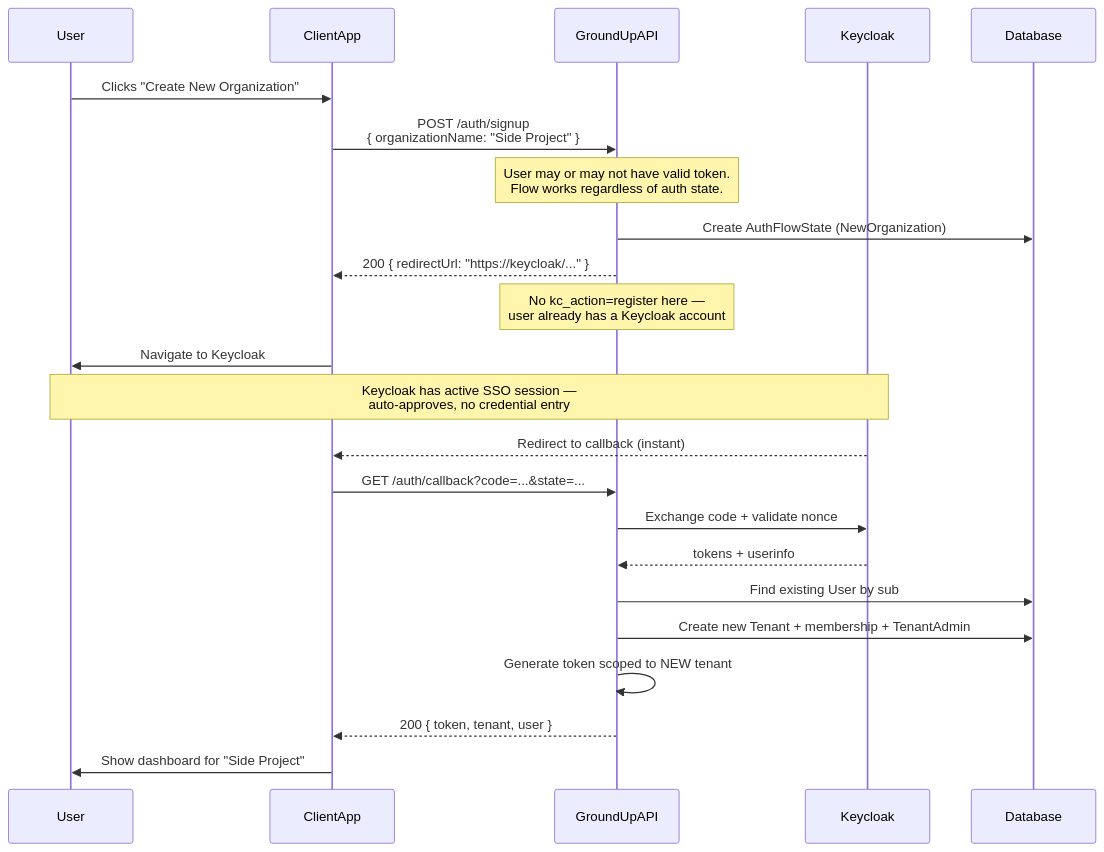
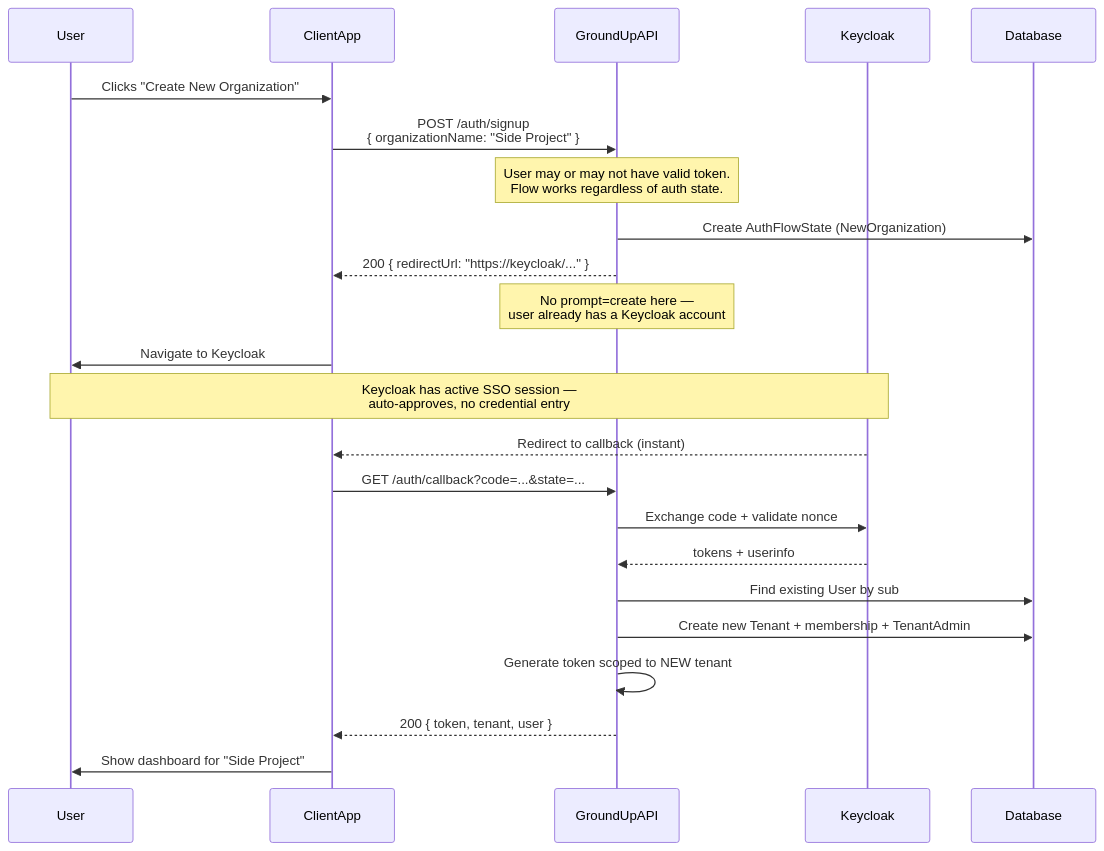
Before and after one commit to rsbst23/groundup: the sixth of 23 diagrams in .kiro/specs/phase-10-cleanup/auth-flows-design.md, drawn with Mermaid. The commit also changed other lines of this file and 7 other files, not shown here.

````diff
--- a/.kiro/specs/phase-10-cleanup/auth-flows-design.md
+++ b/.kiro/specs/phase-10-cleanup/auth-flows-design.md
@@ -331,26 +333,26 @@
 ```mermaid
 sequenceDiagram
     participant User
     participant ClientApp
     participant GroundUpAPI
     participant Keycloak
     participant Database
 
     User->>ClientApp: Clicks "Create New Organization"
     ClientApp->>GroundUpAPI: POST /auth/signup<br/>{ organizationName: "Side Project" }
     Note over GroundUpAPI: User may or may not have valid token.<br/>Flow works regardless of auth state.
     GroundUpAPI->>Database: Create AuthFlowState (NewOrganization)
     GroundUpAPI-->>ClientApp: 200 { redirectUrl: "https://keycloak/..." }
-    Note over GroundUpAPI: No kc_action=register here —<br/>user already has a Keycloak account
+    Note over GroundUpAPI: No prompt=create here —<br/>user already has a Keycloak account
     ClientApp->>User: Navigate to Keycloak
     Note over User,Keycloak: Keycloak has active SSO session —<br/>auto-approves, no credential entry
     Keycloak-->>ClientApp: Redirect to callback (instant)
     ClientApp->>GroundUpAPI: GET /auth/callback?code=...&state=...
     GroundUpAPI->>Keycloak: Exchange code + validate nonce
     Keycloak-->>GroundUpAPI: tokens + userinfo
     GroundUpAPI->>Database: Find existing User by sub
     GroundUpAPI->>Database: Create new Tenant + membership + TenantAdmin
     GroundUpAPI->>GroundUpAPI: Generate token scoped to NEW tenant
     GroundUpAPI-->>ClientApp: 200 { token, tenant, user }
     ClientApp->>User: Show dashboard for "Side Project"
 ```
````
